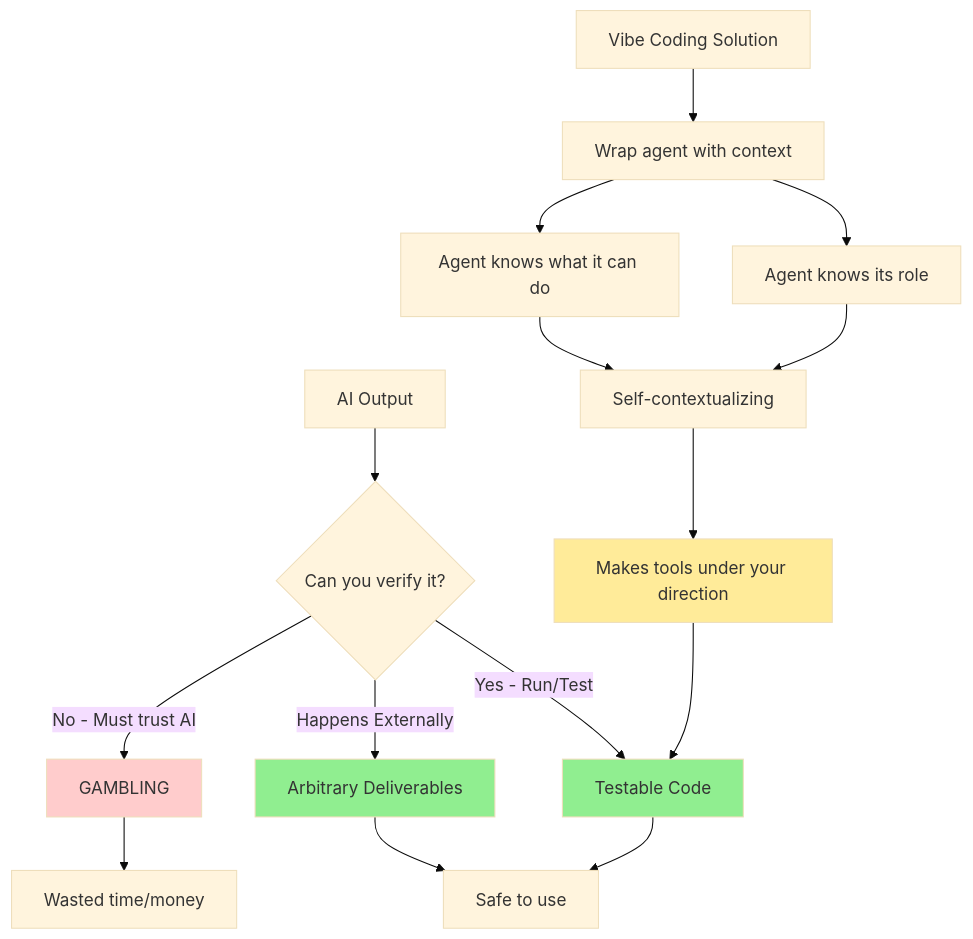
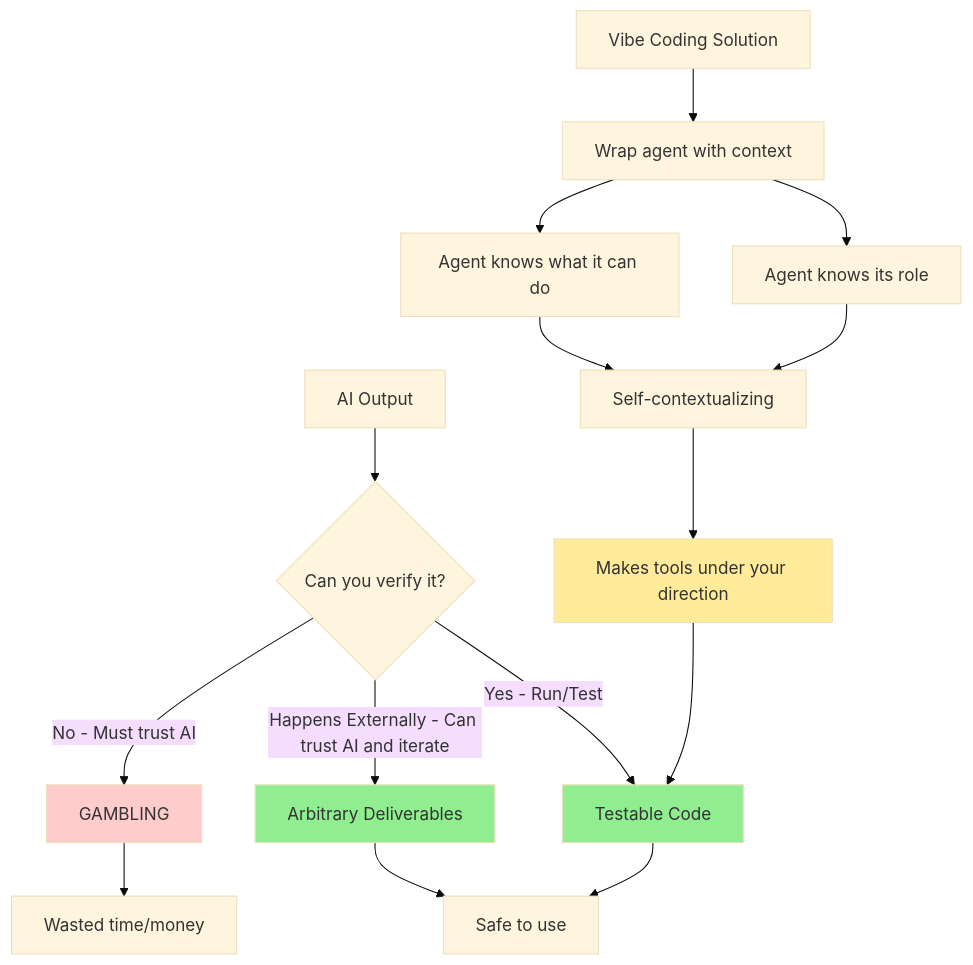
The diagram in docs/diagrams/0_BaseSituation.mermaid (sancovp/starship-mcp), drawn with Mermaid (base theme) before and after one commit.

```diff
--- a/docs/diagrams/0_BaseSituation.mermaid
+++ b/docs/diagrams/0_BaseSituation.mermaid
@@ -1,22 +1,22 @@
 flowchart TD
     A[AI Output] --> B{Can you verify it?}
     B -->|Yes - Run/Test| C[Testable Code]
-    B -->|Happens Externally| D[Arbitrary Deliverables]
+    B -->|Happens Externally - Can trust AI and iterate| D[Arbitrary Deliverables]
     B -->|No - Must trust AI| E[GAMBLING]
     
     C --> F[Safe to use]
     D --> F
     E --> G[Wasted time/money]
     
     H[Vibe Coding Solution] --> I[Wrap agent with context]
     I --> J[Agent knows its role]
     I --> K[Agent knows what it can do]
     J --> L[Self-contextualizing]
     K --> L
     L --> M[Makes tools under your direction]
     M --> C
     
     style C fill:#90EE90
     style D fill:#90EE90
     style E fill:#ffcccc
     style M fill:#ffeb99
```
